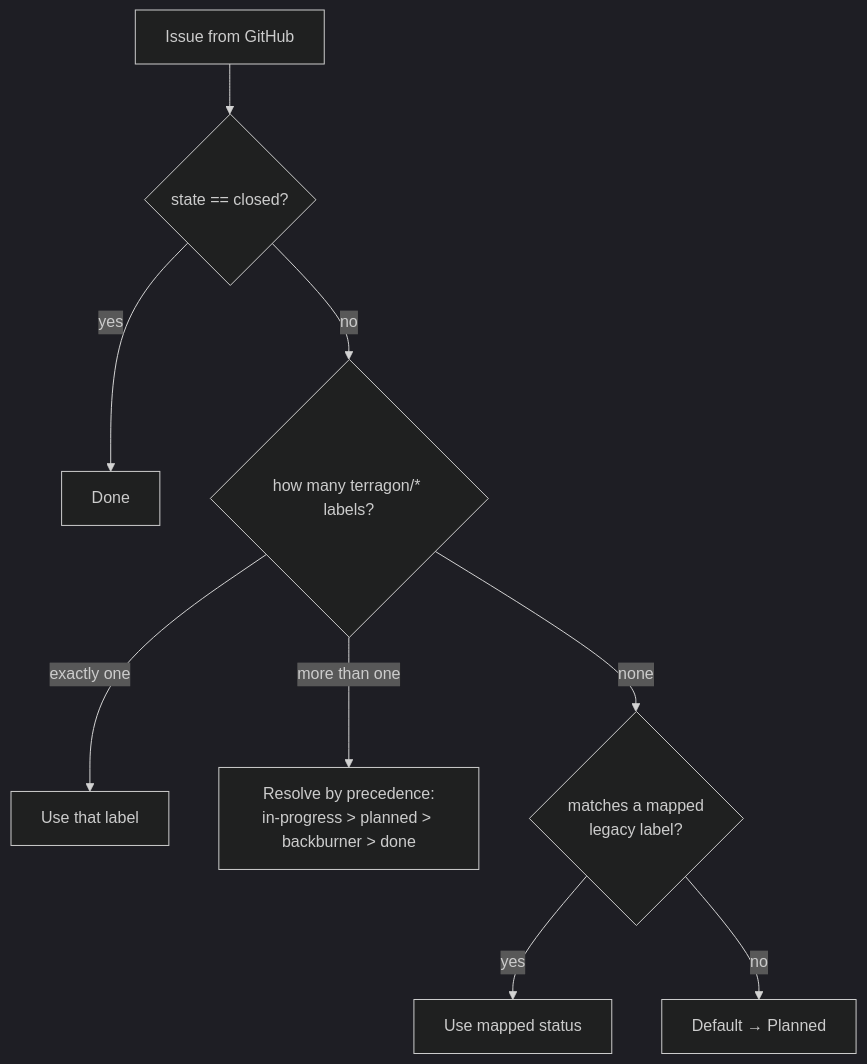
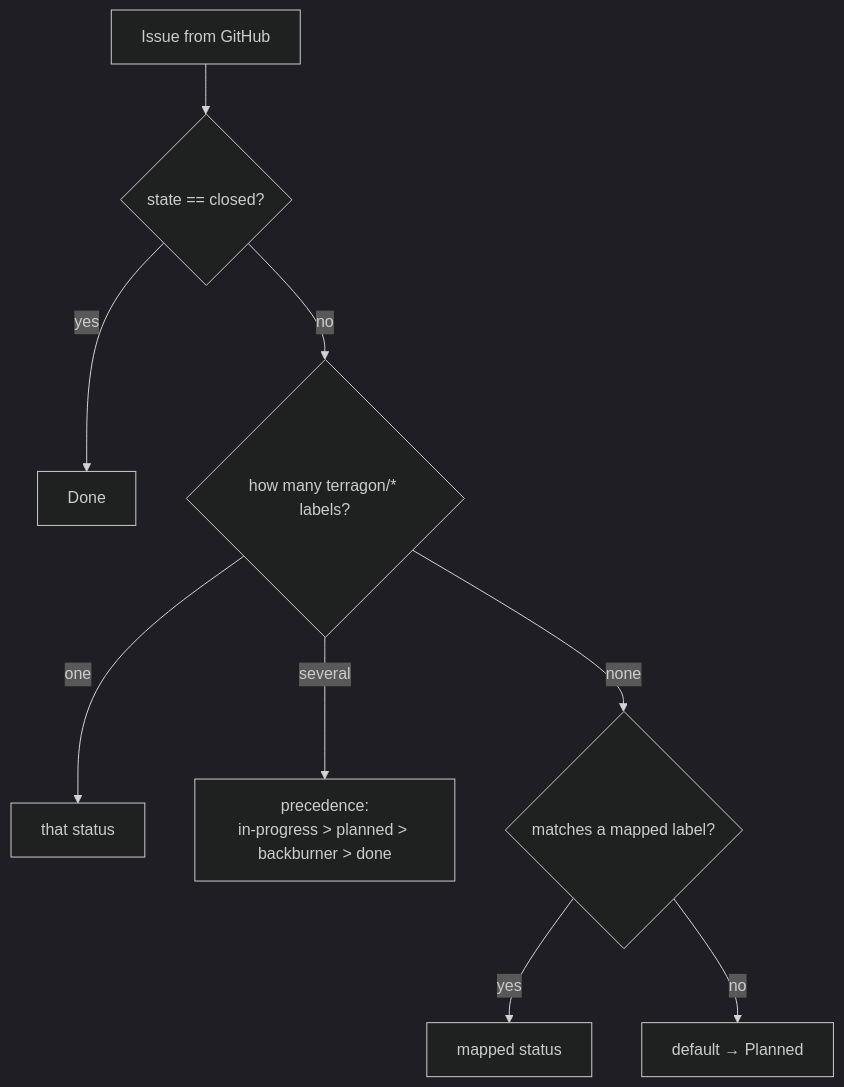
One commit to vedanta/terragon changed the fourth of 7 diagrams in docs/architecture.md. Above: the diagram before and after it, drawn with Mermaid (dark theme). The commit also changed other lines of this file and 11 other files, not shown here.

````diff
--- a/docs/architecture.md
+++ b/docs/architecture.md
@@ -216,11 +114,11 @@
 ```mermaid
 flowchart TD
   I[Issue from GitHub] --> Closed{state == closed?}
   Closed -->|yes| Done[Done]
   Closed -->|no| Count{how many terragon/* labels?}
-  Count -->|exactly one| Use[Use that label]
-  Count -->|more than one| Prec[Resolve by precedence:<br/>in-progress &gt; planned &gt; backburner &gt; done]
-  Count -->|none| Mapped{matches a mapped<br/>legacy label?}
-  Mapped -->|yes| UseMapped[Use mapped status]
-  Mapped -->|no| Default[Default → Planned]
+  Count -->|one| Use[that status]
+  Count -->|several| Prec[precedence:<br/>in-progress &gt; planned &gt; backburner &gt; done]
+  Count -->|none| Mapped{matches a mapped label?}
+  Mapped -->|yes| UseMapped[mapped status]
+  Mapped -->|no| Default[default → Planned]
 ```
````
